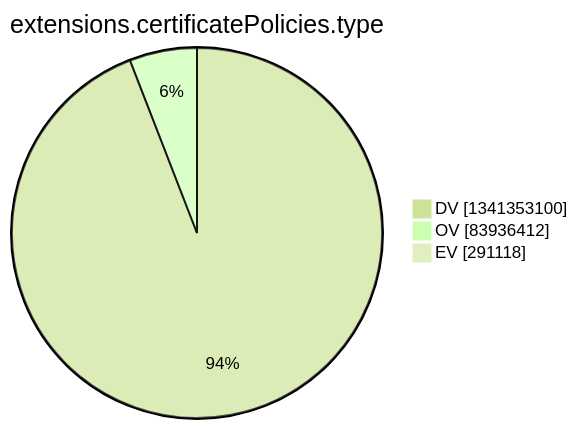
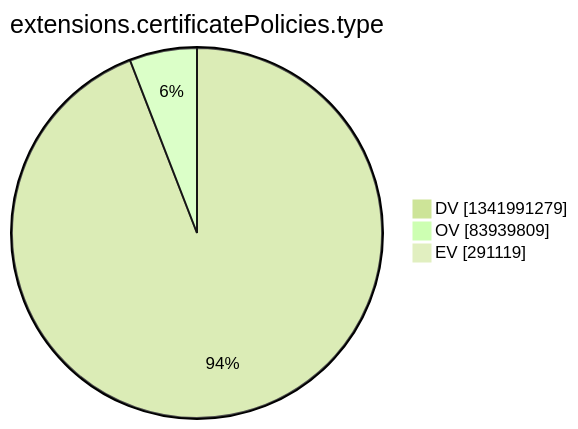
Before and after one commit to christiankrug/ctmonitor_visualization: the tenth of 15 diagrams in argon2022/README.md, drawn with Mermaid (forest theme). The commit also changed other lines of this file, not shown here.

````diff
--- a/argon2022/README.md
+++ b/argon2022/README.md
@@ -2773,7 +2773,7 @@
 ```mermaid
 pie showData
 title extensions.certificatePolicies.type
-"DV" :1341353100
-"OV" :83936412
-"EV" :291118
+"DV" :1341991279
+"OV" :83939809
+"EV" :291119
 ```
````
